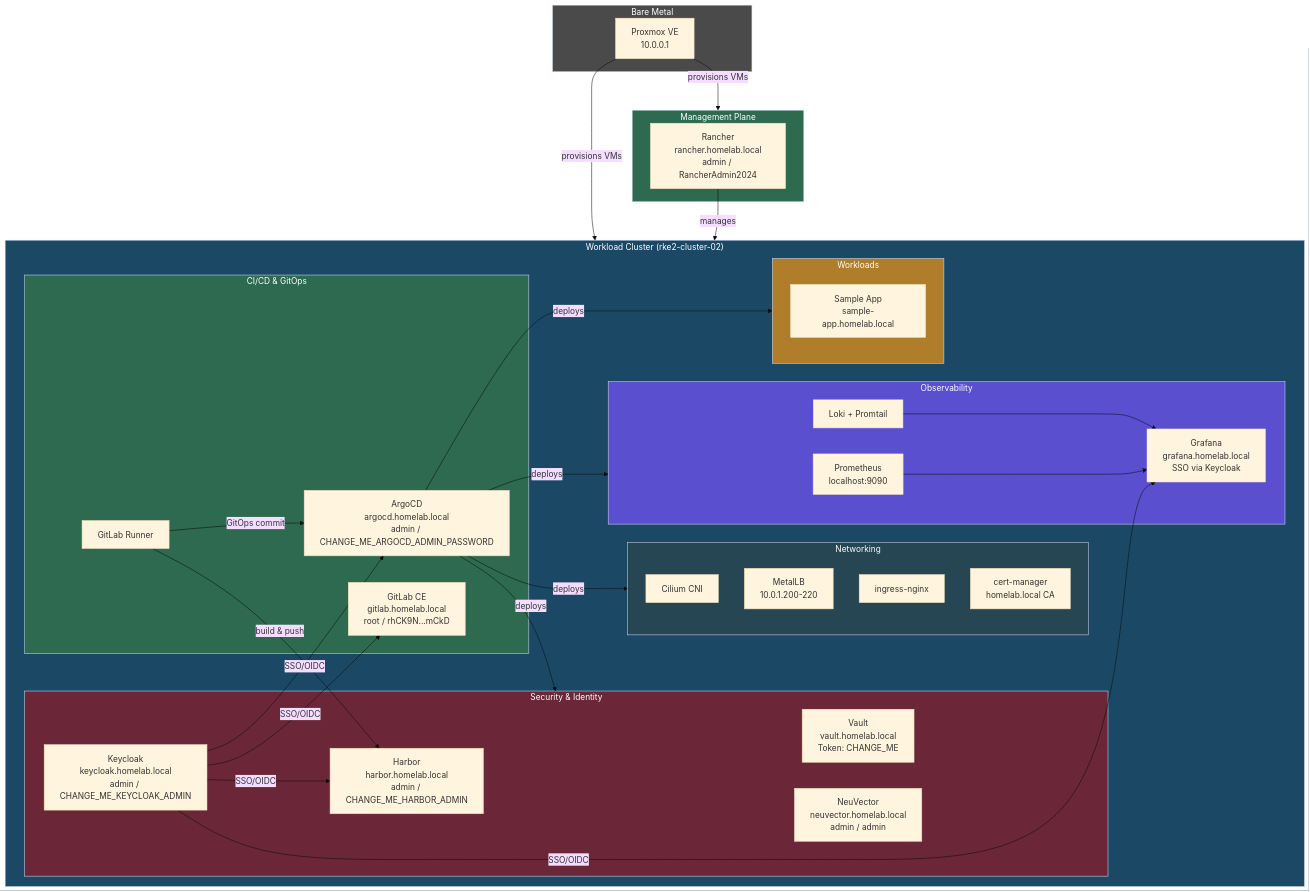
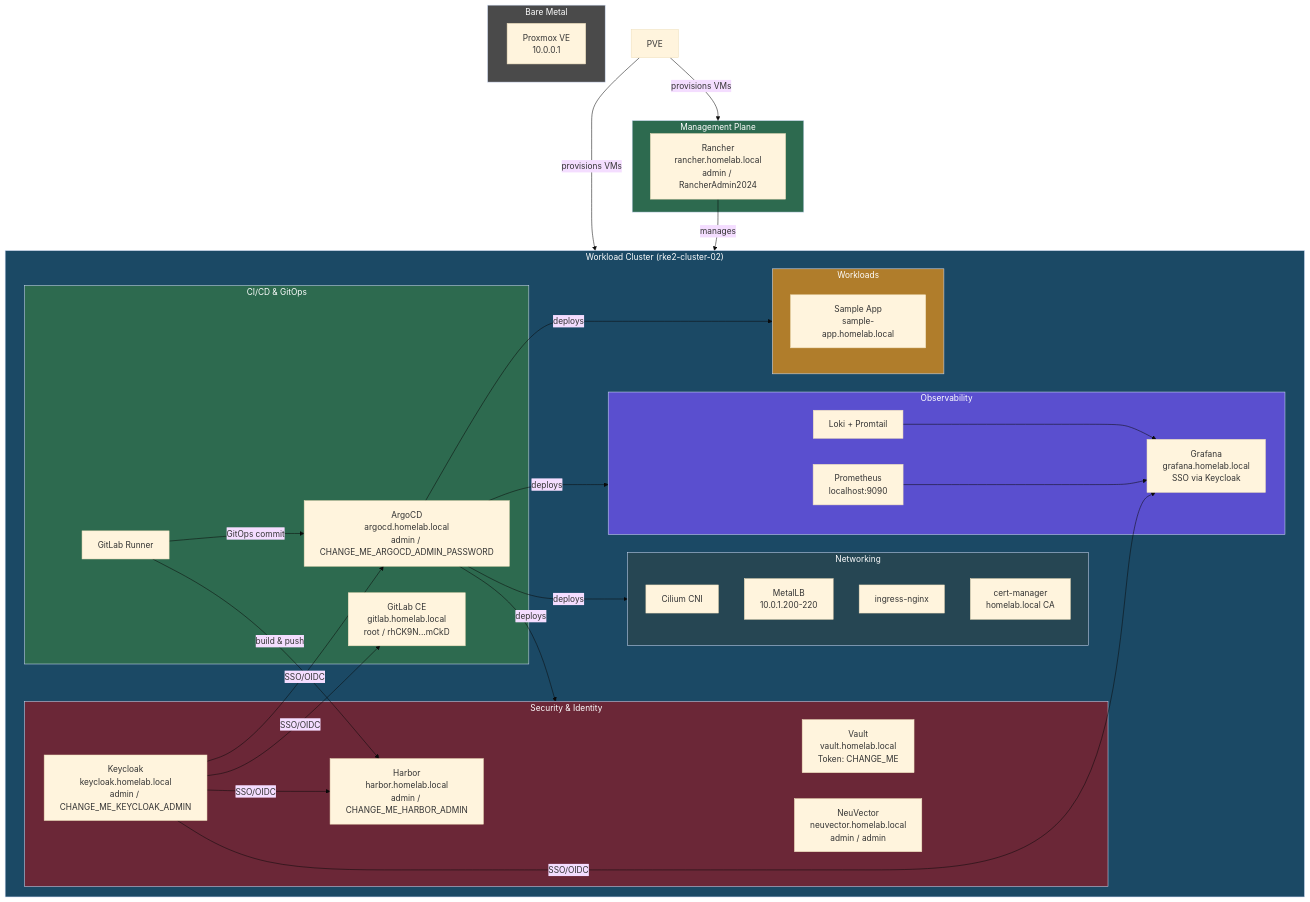
Before and after one commit to kratos81/production-homelab: the fifth of 9 diagrams in README.md, drawn with Mermaid (base theme). The commit also changed other lines of this file and 27 other files, not shown here.

Commit message:
Update all architecture diagrams and docs for Proxmox VE

````diff
--- a/README.md
+++ b/README.md
@@ -356,60 +356,60 @@
 ```mermaid
 flowchart TB
     subgraph HW["Bare Metal"]
-        Harvester["Proxmox VE<br/>10.0.0.1"]
+        Proxmox["Proxmox VE<br/>10.0.0.1"]
     end
 
     subgraph Mgmt["Management Plane"]
         Rancher["Rancher<br/>rancher.homelab.local<br/>admin / RancherAdmin2024"]
     end
 
     subgraph Cluster["Workload Cluster (rke2-cluster-02)"]
         subgraph Net["Networking"]
             Cilium["Cilium CNI"]
             MetalLB["MetalLB<br/>10.0.1.200-220"]
             IngressNginx["ingress-nginx"]
             CertManager["cert-manager<br/>homelab.local CA"]
         end
 
         subgraph CICD["CI/CD & GitOps"]
             ArgoCD2["ArgoCD<br/>argocd.homelab.local<br/>admin / CHANGE_ME_ARGOCD_ADMIN_PASSWORD"]
             GitLab2["GitLab CE<br/>gitlab.homelab.local<br/>root / rhCK9N...mCkD"]
             Runner2["GitLab Runner"]
         end
 
         subgraph Sec["Security & Identity"]
             Vault2["Vault<br/>vault.homelab.local<br/>Token: CHANGE_ME"]
             Keycloak2["Keycloak<br/>keycloak.homelab.local<br/>admin / CHANGE_ME_KEYCLOAK_ADMIN"]
             Harbor2["Harbor<br/>harbor.homelab.local<br/>admin / CHANGE_ME_HARBOR_ADMIN"]
             NeuVector2["NeuVector<br/>neuvector.homelab.local<br/>admin / admin"]
         end
 
         subgraph Obs["Observability"]
             Prometheus2["Prometheus<br/>localhost:9090"]
             Grafana2["Grafana<br/>grafana.homelab.local<br/>SSO via Keycloak"]
             Loki2["Loki + Promtail"]
         end
 
         subgraph Work["Workloads"]
             App2["Sample App<br/>sample-app.homelab.local"]
         end
     end
 
-    Harvester -->|"provisions VMs"| Mgmt & Cluster
+    PVE -->|"provisions VMs"| Mgmt & Cluster
     Rancher -->|"manages"| Cluster
     ArgoCD2 -->|"deploys"| Sec & Obs & Work & Net
     Runner2 -->|"build & push"| Harbor2
     Runner2 -->|"GitOps commit"| ArgoCD2
     Keycloak2 -->|"SSO/OIDC"| ArgoCD2 & Grafana2 & Harbor2 & GitLab2
     Prometheus2 --> Grafana2
     Loki2 --> Grafana2
 
     style HW fill:#4a4a4a,color:#fff
     style Mgmt fill:#2d6a4f,color:#fff
     style Cluster fill:#1b4965,color:#fff
     style Net fill:#264653,color:#fff
     style CICD fill:#2d6a4f,color:#fff
     style Sec fill:#6b2737,color:#fff
     style Obs fill:#5a4fcf,color:#fff
     style Work fill:#b07d2b,color:#fff
 ```
````
